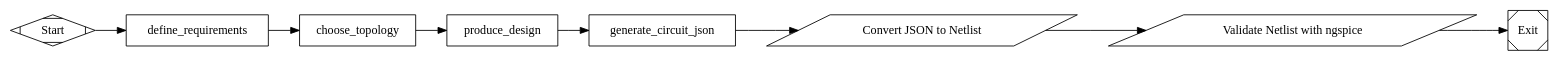
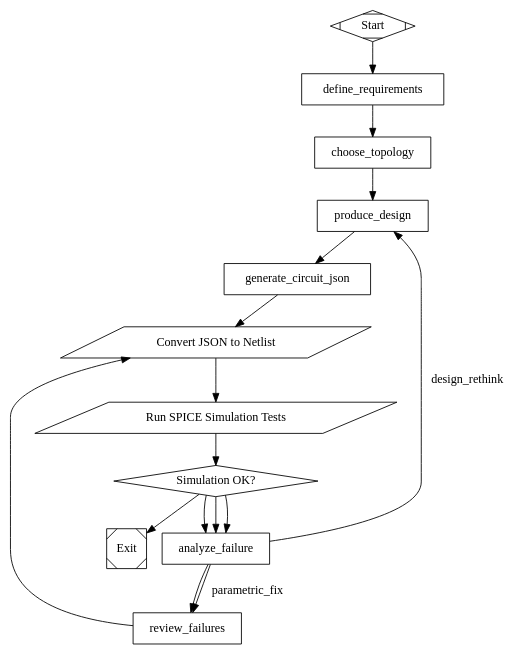
Before and after one commit to qhcorp/kilroy: the diagram in examples/netlist-blink-red-led/circuit-design.dot, drawn with Graphviz. The commit also changed 20 other files, not shown here.

First line of the commit message:
Improve circuit design pipeline: external SPICE models, simulation feedback loop, fix tool paths

```diff
--- a/examples/netlist-blink-red-led/circuit-design.dot
+++ b/examples/netlist-blink-red-led/circuit-design.dot
@@ -1,8 +1,9 @@
 digraph circuit_design {
     graph [
         goal="Design an electronic circuit that blinks a red LED at 1 Hz from an automotive 12V source, and produce a validated ngspice netlist.",
-        rankdir=LR,
+        rankdir=TB,
         default_max_retry="2",
+        loop_restart_signature_limit="5",
         model_stylesheet="
             * { llm_model: claude-sonnet-4.6; llm_provider: anthropic; }
         "
@@ -18,7 +19,12 @@
 
 Create a concise engineering requirements document for this circuit request.
 
-Read any relevant repo docs first if they exist. Write the result to:
+Read these reference docs first:
+- docs/electronics/11-design-procedures.md
+- docs/electronics/12-common-mistakes.md
+- docs/electronics/01-foundations.md
+
+Write the result to:
 - .ai/runs/$KILROY_RUN_ID/circuit_requirements.md
 
 The requirements document must include:
@@ -41,8 +47,20 @@
 
 Read:
 - .ai/runs/$KILROY_RUN_ID/circuit_requirements.md
+- docs/electronics/07-filters-oscillators.md
+- docs/electronics/04-bjt.md
+- docs/electronics/03-diodes.md
+- docs/electronics/08-power.md
 
 Choose a practical circuit topology for this request and justify it. Prefer a robust, easy-to-build design over novelty.
+
+IMPORTANT — component simulability constraint:
+The circuit will be validated with ngspice simulation. The netlist generation tool supports these
+component types natively: R, C, L, D (diodes/LEDs), Q (BJTs: 2N3904/2N3906), and voltage/current sources.
+For ICs (e.g., NE555, op-amps), the tool uses external SPICE model files from models/kicad-spice-library/.
+Before choosing an IC, check that a compatible .lib/.sub file exists in that directory.
+If no model is available for a desired IC, prefer a discrete transistor-based design that can be simulated
+reliably with standard SPICE primitives.
 
 Write these artifacts:
 - .ai/runs/$KILROY_RUN_ID/topology_decision.md
@@ -54,6 +72,7 @@
 - every major component and its role
 - the key sizing logic for component values, including timing or load-drive calculations when relevant
 - any design risks or assumptions that should be reviewed later
+- which SPICE model files will be needed (list the .lib/.sub paths from models/kicad-spice-library/)
 
 The BOM must list one component per line with reference designator class, suggested part, and purpose.
 
@@ -70,6 +89,13 @@
 - .ai/runs/$KILROY_RUN_ID/circuit_requirements.md
 - .ai/runs/$KILROY_RUN_ID/topology_decision.md
 - .ai/runs/$KILROY_RUN_ID/preliminary_bom.md
+- docs/electronics/12-common-mistakes.md
+
+If .ai/runs/$KILROY_RUN_ID/failure_analysis.md exists, this is a design revision after
+simulation failure. Read it FIRST and:
+- Address every issue identified in the failure analysis
+- Do NOT repeat the same design choices that caused the failure
+- Explain what changed and why in the circuit_design.md
 
 Produce the actual circuit design artifacts for this request.
 
@@ -117,6 +143,12 @@
 The JSON schema is:
 {
   \"title\": \"<descriptive title>\",
+  \"includes\": [
+    // Paths to SPICE model files relative to models/kicad-spice-library/
+    // Example: \"Models/Manufacturer/TRT-Electronics/2n3904.lib\"
+    // Example: \"Models/Diode/led.lib\"
+    // List the model library files identified in topology_decision.md
+  ],
   \"components\": [
     // Two-terminal passives (R, C, L):
     {\"ref\": \"R1\", \"type\": \"R\", \"value\": \"10k\", \"nodes\": [\"node_a\", \"node_b\"]},
@@ -125,19 +157,19 @@
     // DC voltage source:
     {\"ref\": \"V1\", \"type\": \"vdc\", \"value\": \"12\", \"nodes\": [\"pos_node\", \"neg_node\"]},
 
-    // Diode or LED (model must be one of: LED_RED, LED_GREEN, LED_BLUE, 1N4148, 1N4001):
-    {\"ref\": \"D1\", \"type\": \"D\", \"model\": \"LED_RED\", \"nodes\": [\"anode\", \"cathode\"]},
+    // Diode or LED (model name must match the .model name inside the included .lib file):
+    {\"ref\": \"D1\", \"type\": \"D\", \"model\": \"LED_GENERAL\", \"nodes\": [\"anode\", \"cathode\"]},
 
-    // NE555 timer IC (pins are named, order does not matter):
-    {\"ref\": \"U1\", \"type\": \"NE555\", \"pins\": {
-      \"GND\": \"0\", \"TRIG\": \"node\", \"OUT\": \"node\",
-      \"RESET\": \"node\", \"CTRL\": \"node\", \"THRESH\": \"node\",
-      \"DISCH\": \"node\", \"VCC\": \"node\"
-    }},
+    // BJT transistor (model name must match the .model name inside the included .lib file):
+    // nodes are [collector, base, emitter]
+    {\"ref\": \"Q1\", \"type\": \"Q\", \"model\": \"Q2N3904\", \"nodes\": [\"collector\", \"base\", \"emitter\"]},
 
-    // BJT transistor (model must be one of: 2N3904, 2N3906):
-    // nodes are [collector, base, emitter]
-    // NOT YET SUPPORTED — do not use BJTs
+    // IC subcircuit (model name must match .subckt name inside the included .lib/.sub file):
+    // pins are named, pin_order specifies the subcircuit pin order from the .subckt definition
+    {\"ref\": \"U1\", \"type\": \"NE555\", \"subcircuit\": \"NE555\",
+     \"pins\": {\"GND\": \"0\", \"TRIG\": \"node\", \"OUT\": \"node\", \"RESET\": \"node\",
+               \"CTRL\": \"node\", \"THRESH\": \"node\", \"DISCH\": \"node\", \"VCC\": \"node\"},
+     \"pin_order\": [\"GND\", \"TRIG\", \"OUT\", \"RESET\", \"CTRL\", \"THRESH\", \"DISCH\", \"VCC\"]}
   ],
   \"analysis\": {
     \"type\": \"tran\",
@@ -146,18 +178,46 @@
   },
   \"plots\": [
     {\"signals\": [\"v(out)\", \"v(thresh)\"], \"title\": \"description\"}
+  ],
+  \"measures\": [
+    // Each measure defines a quantitative acceptance test on the simulation.
+    // Supported types: max, min, avg, rms, peak_to_peak, frequency, period,
+    //                  duty_cycle, find_when
+    //
+    // All measures require: id (lowercase_snake_case), description, type, signal, accept ({min, max})
+    // Time-windowed types (max/min/avg/rms/peak_to_peak) also need: from, to
+    // Crossing types (frequency/period/duty_cycle) also need: threshold, edge (\"rising\"/\"falling\"), from, to
+    // find_when needs: value, edge, and optionally td (time delay before searching)
+
+    {\"id\": \"led_blink_freq\", \"description\": \"LED blinks at ~1 Hz\",
+     \"type\": \"frequency\", \"signal\": \"v(out)\", \"threshold\": 2.5,
+     \"edge\": \"rising\", \"from\": \"1s\", \"to\": \"5s\",
+     \"accept\": {\"min\": 0.8, \"max\": 1.2}},
+
+    {\"id\": \"output_high\", \"description\": \"Output goes high when LED on\",
+     \"type\": \"max\", \"signal\": \"v(out)\", \"from\": \"1s\", \"to\": \"5s\",
+     \"accept\": {\"min\": 8.0, \"max\": 12.0}}
   ]
 }
 
 CRITICAL RULES:
 - Node \"0\" is always ground.
-- Every ref must start with the correct SPICE prefix letter (R, C, L, D, V for sources, U for ICs).
+- Every ref must start with the correct SPICE prefix letter (R, C, L, D, V for sources, Q for BJTs).
+  For IC subcircuits, any ref is fine (the tool adds the X prefix automatically).
 - Use SI suffix strings for values: \"10k\", \"47u\", \"100n\", \"330\", \"12\".
 - All node names must be lowercase alphanumeric with underscores (no spaces or special chars).
 - The analysis step should be small enough to capture the circuit behavior (1ms is fine for 1Hz blink).
 - The stop time should be long enough to see several cycles.
 - Include at least one plot with the key signals to observe.
 - Write ONLY valid JSON — no comments, no trailing commas.
+- Include at least 3 measures that verify the key functional requirements from circuit_requirements.md.
+- The measures \"from\" time should skip initial transients (at least 1 second for circuits with startup behavior).
+- The measures \"to\" time must not exceed the analysis stop time.
+- Acceptance ranges should be realistic engineering tolerances (typically +/-20% for timing, +/-10% for voltages).
+- Every measure must have a unique \"id\" using lowercase_snake_case.
+- The measure \"signal\" must reference actual node names from the circuit (e.g., \"v(out)\", \"i(D1)\").
+- Before writing JSON, verify that every component node name appears in at least one other component's node list (no floating nodes except ground \"0\").
+- The \"includes\" array must list every external model file needed. Model names used in components (e.g., \"Q2N3904\", \"LED_GENERAL\") must match the .model or .subckt name defined inside the included file.
 
 Write to $KILROY_STAGE_STATUS_PATH (fallback: $KILROY_STAGE_STATUS_FALLBACK_PATH) ONLY on failure:
 {\"status\":\"fail\",\"failure_reason\":\"...\",\"failure_class\":\"deterministic\"}"
@@ -166,13 +226,94 @@
     convert_to_netlist [
         shape=parallelogram,
         label="Convert JSON to Netlist",
-        tool_command="python3 $KILROY_REPO_ROOT/tools/json2netlist.py .ai/runs/$KILROY_RUN_ID/circuit.json .ai/runs/$KILROY_RUN_ID/circuit.cir"
+        tool_command="python3 tools/json2netlist.py .ai/runs/$KILROY_RUN_ID/circuit.json .ai/runs/$KILROY_RUN_ID/circuit.cir"
     ]
 
-    validate_netlist [
+    run_simulation [
         shape=parallelogram,
-        label="Validate Netlist with ngspice",
-        tool_command="ngspice -b .ai/runs/$KILROY_RUN_ID/circuit.cir"
+        label="Run SPICE Simulation Tests",
+        tool_command="python3 tools/check_measures.py .ai/runs/$KILROY_RUN_ID/circuit.cir .ai/runs/$KILROY_RUN_ID/circuit.measures_meta.json"
+    ]
+
+    check_simulation [shape=diamond, label="Simulation OK?"]
+
+    analyze_failure [
+        shape=box,
+        auto_status=true,
+        prompt="Goal: $goal
+
+The SPICE simulation failed. Your job is to classify the failure and decide the best repair path.
+
+Read:
+- .ai/runs/$KILROY_RUN_ID/circuit_requirements.md
+- .ai/runs/$KILROY_RUN_ID/topology_decision.md
+- .ai/runs/$KILROY_RUN_ID/circuit_design.md
+- .ai/runs/$KILROY_RUN_ID/circuit.json
+- .ai/runs/$KILROY_RUN_ID/measures_results.json (if it exists)
+
+Also read the failure dossier if available:
+- .ai/runs/$KILROY_RUN_ID/failure_dossier.json
+
+Classify the failure into one of two categories:
+
+PARAMETRIC FIX — choose this when:
+- Simulation ran and produced waveforms, but measure values are outside acceptance ranges
+- The circuit topology is correct but component values need adjustment (RC timing, resistor sizing, etc.)
+- Failed measures are within 2-3x of the acceptance range
+
+DESIGN RETHINK — choose this when:
+- ngspice convergence failure (singular matrix, no convergence, timestep too small)
+- All measures ERROR or the circuit produces no meaningful output
+- The output waveform shape is fundamentally wrong (e.g., no oscillation when expected, stuck at rail)
+- A previous parametric fix attempt already failed (check if failure_analysis.md already exists)
+- The failure is caused by a missing or incompatible SPICE model file
+
+Write your analysis to:
+- .ai/runs/$KILROY_RUN_ID/failure_analysis.md
+
+The analysis must include:
+- Which measures failed and by how much
+- Root cause diagnosis
+- Recommended fix approach
+- Whether this is a parametric issue or a fundamental design issue
+
+Then write your status with preferred_label set to your classification:
+Write to $KILROY_STAGE_STATUS_PATH (fallback: $KILROY_STAGE_STATUS_FALLBACK_PATH):
+{\"status\":\"success\",\"preferred_label\":\"parametric_fix\"} or
+{\"status\":\"success\",\"preferred_label\":\"design_rethink\"}"
+    ]
+
+    review_failures [
+        shape=box,
+        auto_status=true,
+        prompt="Goal: $goal
+
+The SPICE simulation tests failed and the failure was classified as a parametric issue.
+
+Read:
+- .ai/runs/$KILROY_RUN_ID/circuit_requirements.md
+- .ai/runs/$KILROY_RUN_ID/topology_decision.md
+- .ai/runs/$KILROY_RUN_ID/circuit_design.md
+- .ai/runs/$KILROY_RUN_ID/schematic_notes.md
+- .ai/runs/$KILROY_RUN_ID/circuit.json
+- .ai/runs/$KILROY_RUN_ID/measures_results.json
+- .ai/runs/$KILROY_RUN_ID/failure_analysis.md
+
+Analyze which measures failed and why. Common causes:
+- Wrong component values (resistor too large/small for desired current)
+- Timing component miscalculation (RC time constants)
+- Incorrect node connections
+- Missing or wrong analysis time window
+
+Fix the circuit.json file to address the failures. You MUST:
+1. Identify the root cause for each failed measure
+2. Calculate the correct component values
+3. Update ONLY the circuit.json file at .ai/runs/$KILROY_RUN_ID/circuit.json
+4. Keep the measures array — do not remove failing tests
+5. Explain your changes
+
+Write to $KILROY_STAGE_STATUS_PATH (fallback: $KILROY_STAGE_STATUS_FALLBACK_PATH) ONLY on failure:
+{\"status\":\"fail\",\"failure_reason\":\"...\",\"failure_class\":\"deterministic\"}"
     ]
 
     start -> define_requirements
@@ -180,6 +321,14 @@
     choose_topology -> produce_design
     produce_design -> generate_circuit_json
     generate_circuit_json -> convert_to_netlist
-    convert_to_netlist -> validate_netlist
-    validate_netlist -> exit
+    convert_to_netlist -> run_simulation
+    run_simulation -> check_simulation
+    check_simulation -> exit [condition="outcome=success"]
+    check_simulation -> analyze_failure [condition="outcome=fail && context.failure_class=deterministic"]
+    check_simulation -> analyze_failure [condition="outcome=fail && context.failure_class=transient_infra"]
+    check_simulation -> analyze_failure
+    analyze_failure -> review_failures [label="parametric_fix"]
+    analyze_failure -> produce_design [label="design_rethink"]
+    analyze_failure -> review_failures
+    review_failures -> convert_to_netlist
 }
```
